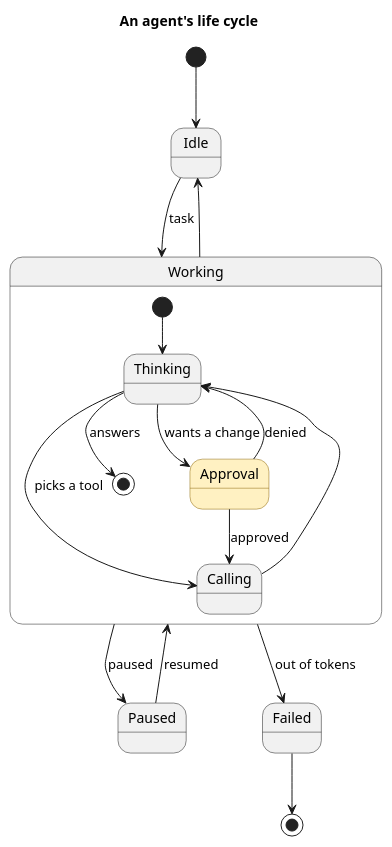
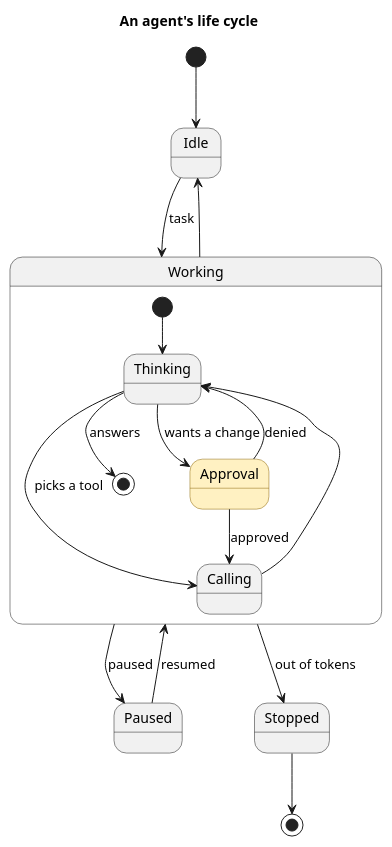
Before and after one commit to enhapu-afk/omaspec: the diagram in examples/gallery/agent.puml, drawn with PlantUML.

Commit message:
chore: try the behavior comment, failed is stopped
omaspec diff examples/gallery/agent.puml:
- added: New state Stopped.
- removed: State Failed removed.
- changed: On out of tokens, Working now goes to Stopped instead of Failed.
- added: New transition: Stopped to the end.
- removed: Transition removed: Failed to the end.

Claude-Session: https://claude.ai/code/session_01Wj9tsfCgYnJY6R5DTA21Bt

```diff
--- a/examples/gallery/agent.puml
+++ b/examples/gallery/agent.puml
@@ -1,27 +1,27 @@
 @startuml
 title An agent's life cycle
 ' One agent, one task at a time. Before a tool that changes something it
 ' waits for a person in Approval (<<decide>>). tool-call.mmd is held
 ' against it: each message the agent gets is an event here.
 skinparam state {
   BackgroundColor<<decide>> #FFF1C2
   BorderColor<<decide>> #8B6508
 }
 [*] --> Idle
 Idle --> Working : task
 state Working {
   [*] --> Thinking
   Thinking --> Calling : picks a tool
   Calling --> Thinking
   Thinking --> [*] : answers
   Thinking --> Approval : wants a change
   Approval --> Calling : approved
   Approval --> Thinking : denied
   state Approval <<decide>>
 }
 Working --> Idle
 Working --> Paused : paused
 Paused --> Working : resumed
-Working --> Failed : out of tokens
-Failed --> [*]
+Working --> Stopped : out of tokens
+Stopped --> [*]
 @enduml
```
